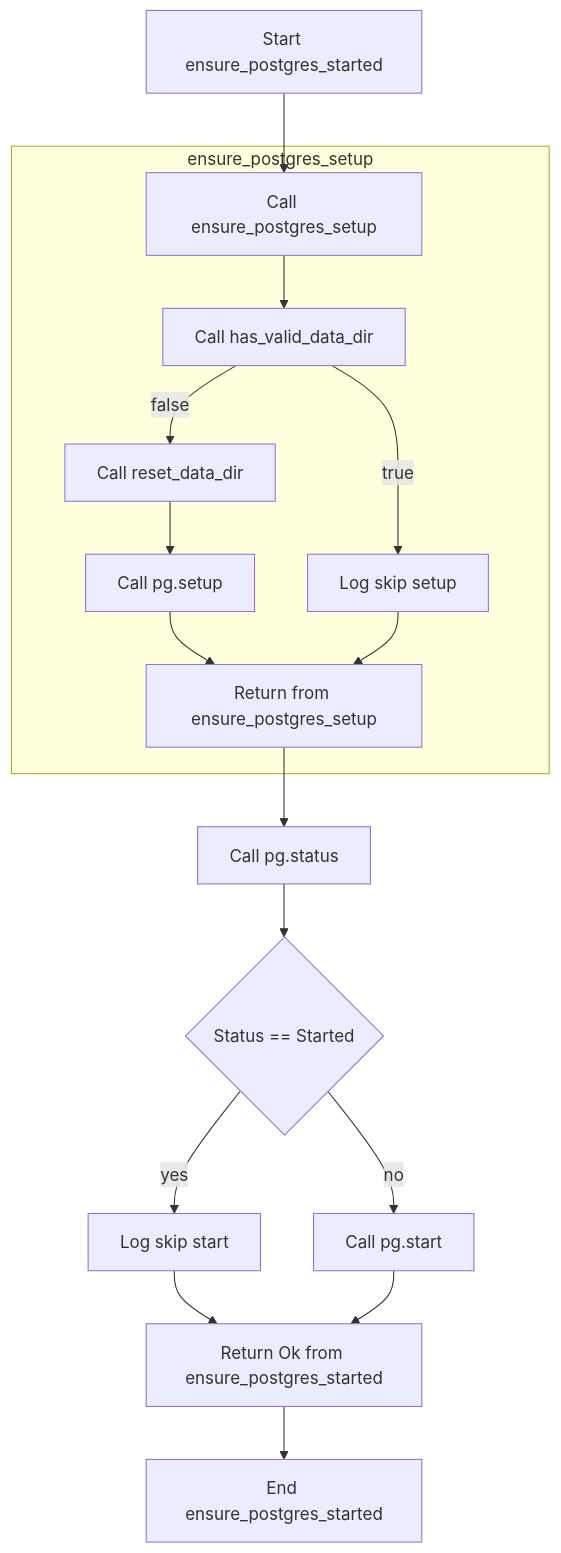
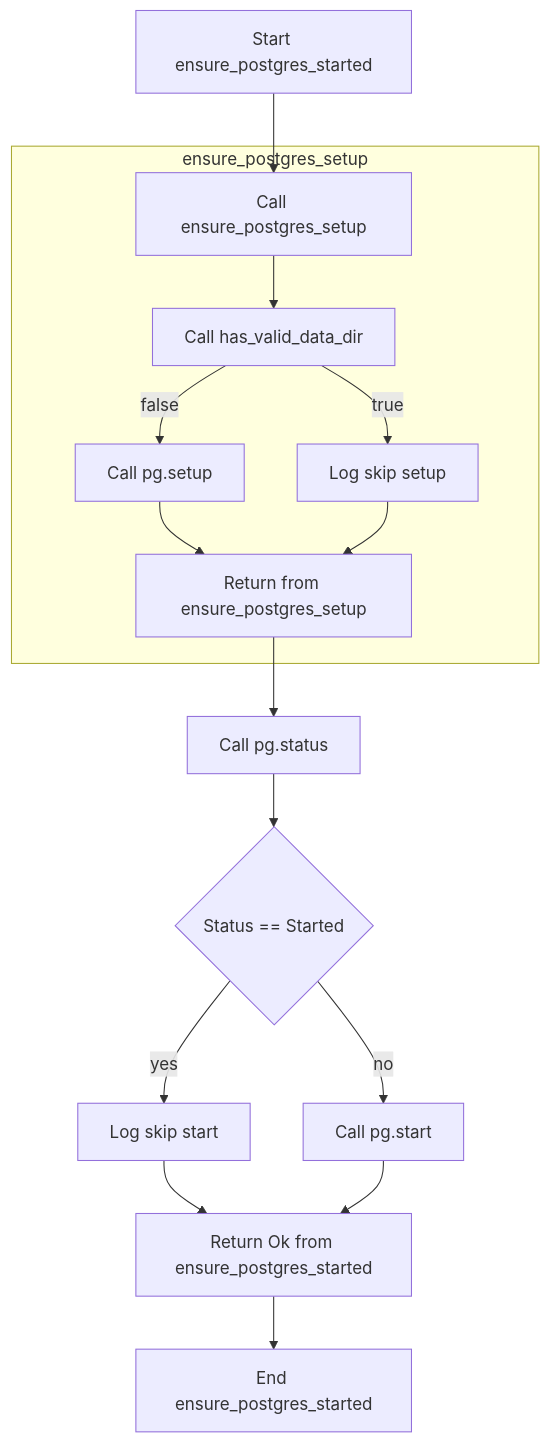
One commit to leynos/pg-embedded-setup-unpriv changed the diagram in docs/execplans/issue-60-5-lifecycle-behavior-helpers.md. Above: the diagram before and after it, drawn with Mermaid. The commit also changed other lines of this file and 4 other files, not shown here.

````diff
--- a/docs/execplans/issue-60-5-lifecycle-behavior-helpers.md
+++ b/docs/execplans/issue-60-5-lifecycle-behavior-helpers.md
@@ -168,19 +152,18 @@
 ```mermaid
 flowchart TD
     A[Start ensure_postgres_started] --> B[Call ensure_postgres_setup]
     subgraph SetupPath [ensure_postgres_setup]
         B --> C[Call has_valid_data_dir]
         C -->|true| D[Log skip setup]
-        C -->|false| E[Call reset_data_dir]
-        E --> F[Call pg.setup]
-        F --> G[Return from ensure_postgres_setup]
-        D --> G
+        C -->|false| E[Call pg.setup]
+        E --> F[Return from ensure_postgres_setup]
+        D --> F
     end
-    G --> H[Call pg.status]
-    H --> I{Status == Started}
-    I -->|yes| J[Log skip start]
-    I -->|no| K[Call pg.start]
-    J --> L[Return Ok from ensure_postgres_started]
-    K --> L
-    L --> M[End ensure_postgres_started]
+    F --> G[Call pg.status]
+    G --> H{Status == Started}
+    H -->|yes| I[Log skip start]
+    H -->|no| J[Call pg.start]
+    I --> K[Return Ok from ensure_postgres_started]
+    J --> K
+    K --> L[End ensure_postgres_started]
 ```
````
